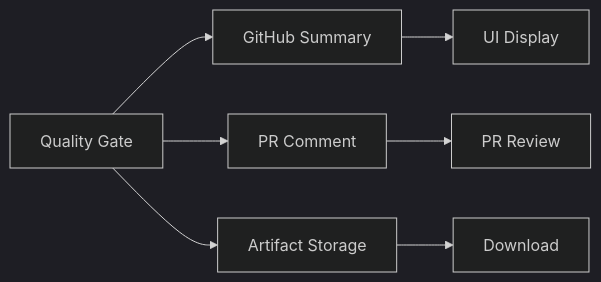
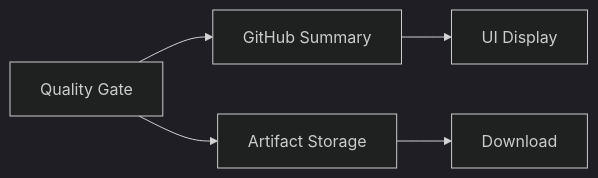
The fourth of 6 diagrams in Docs/CI/README.md (ericodx/swift-member-lineup), drawn with Mermaid (dark theme) before and after one commit. The commit also changed other lines of this file and 3 other files, not shown here.

````diff
--- a/Docs/CI/README.md
+++ b/Docs/CI/README.md
@@ -205,10 +141,8 @@
 ```mermaid
 graph LR
     A[Quality Gate] --> B[GitHub Summary]
-    A --> C[PR Comment]
-    A --> D[Artifact Storage]
-    
-    B --> E[UI Display]
-    C --> F[PR Review]
-    D --> G[Download]
+    A --> C[Artifact Storage]
+
+    B --> D[UI Display]
+    C --> E[Download]
 ```
````
